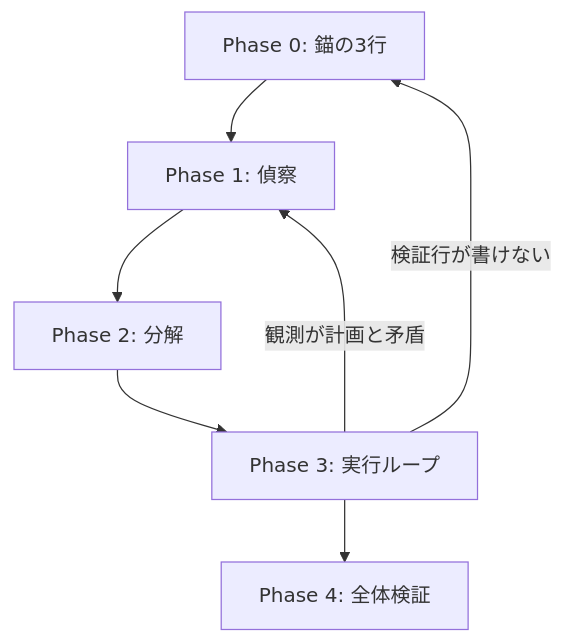
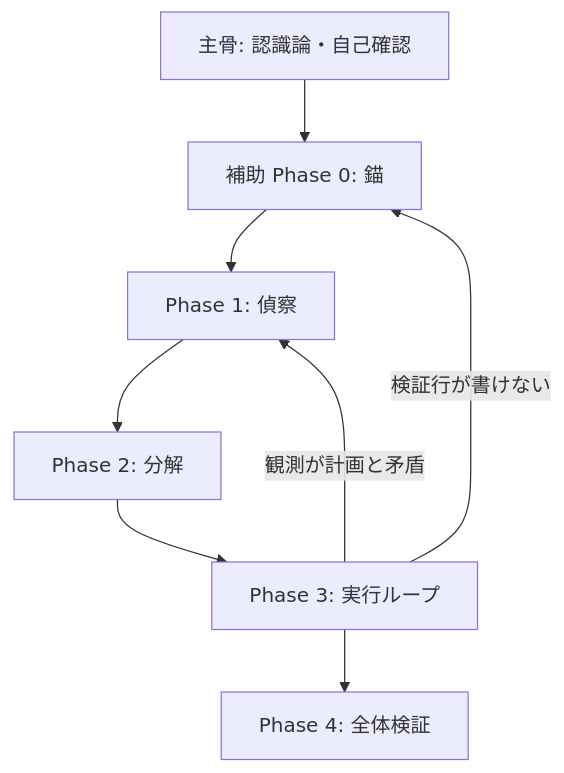
One commit to bokujuu/bokujuu_cursorsetup changed the diagram in skills/fable/SKILL.md. Above: the diagram before and after it, drawn with Mermaid. The commit also changed other lines of this file and 3 other files, not shown here.

````diff
--- a/skills/fable/SKILL.md
+++ b/skills/fable/SKILL.md
@@ -40,9 +120,10 @@
 ```mermaid
 flowchart TD
-  P0[Phase 0: 錨の3行] --> P1[Phase 1: 偵察]
+  B[主骨: 認識論・自己確認] --> P0[補助 Phase 0: 錨]
+  P0 --> P1[Phase 1: 偵察]
   P1 --> P2[Phase 2: 分解]
   P2 --> P3[Phase 3: 実行ループ]
   P3 --> P4[Phase 4: 全体検証]
   P3 -->|観測が計画と矛盾| P1
   P3 -->|検証行が書けない| P0
 ```
````
